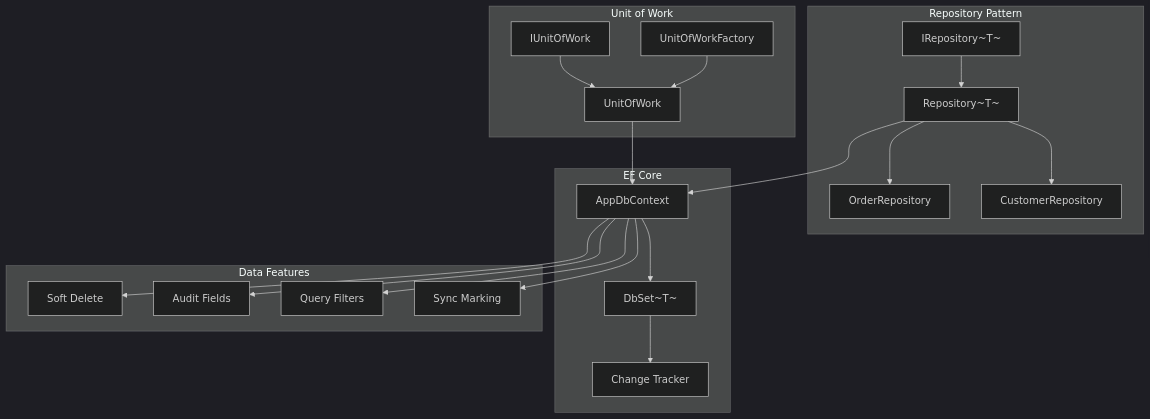
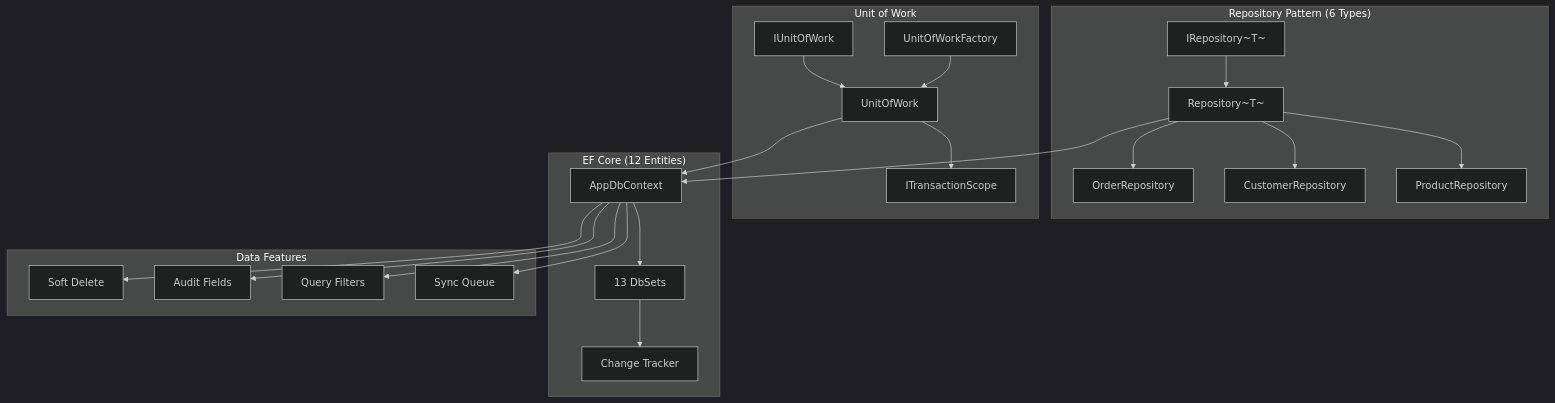
One commit to jrjohn/arcana-windows changed the eighth of 8 diagrams in README.md. Above: the diagram before and after it, drawn with Mermaid (dark theme). The commit also changed other lines of this file and 914 other files, not shown here.

````diff
--- a/README.md
+++ b/README.md
@@ -693,45 +744,49 @@
 ```mermaid
 flowchart TB
-    subgraph Repository["Repository Pattern"]
+    subgraph Repository["Repository Pattern (6 Types)"]
         IRepo[IRepository~T~]
         Repo[Repository~T~]
         OrderRepo[OrderRepository]
         CustRepo[CustomerRepository]
+        ProdRepo[ProductRepository]
     end
 
     subgraph UnitOfWork["Unit of Work"]
         IUoW[IUnitOfWork]
         UoW[UnitOfWork]
         Factory[UnitOfWorkFactory]
+        Trans[ITransactionScope]
     end
 
-    subgraph EFCore["EF Core"]
+    subgraph EFCore["EF Core (12 Entities)"]
         DbCtx[AppDbContext]
-        DbSet[DbSet~T~]
+        DbSet[13 DbSets]
         Tracker[Change Tracker]
     end
 
     subgraph Features["Data Features"]
         SoftDel[Soft Delete]
         Audit[Audit Fields]
         Filter[Query Filters]
-        Sync[Sync Marking]
+        Sync[Sync Queue]
     end
 
     IRepo --> Repo
     Repo --> OrderRepo
     Repo --> CustRepo
+    Repo --> ProdRepo
 
     IUoW --> UoW
     Factory --> UoW
+    UoW --> Trans
 
     UoW --> DbCtx
     Repo --> DbCtx
     DbCtx --> DbSet
     DbSet --> Tracker
 
     DbCtx --> SoftDel
     DbCtx --> Audit
     DbCtx --> Filter
     DbCtx --> Sync
 ```
````
